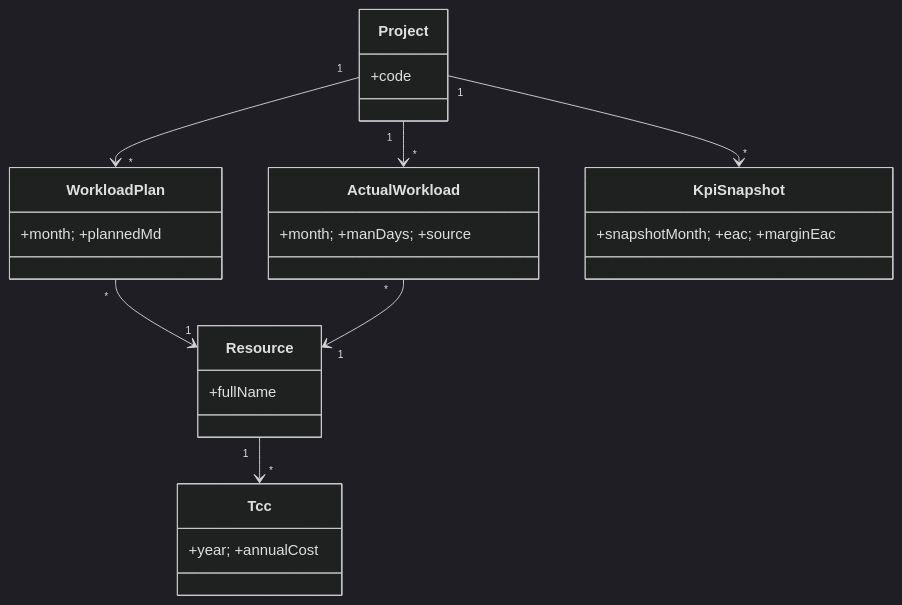
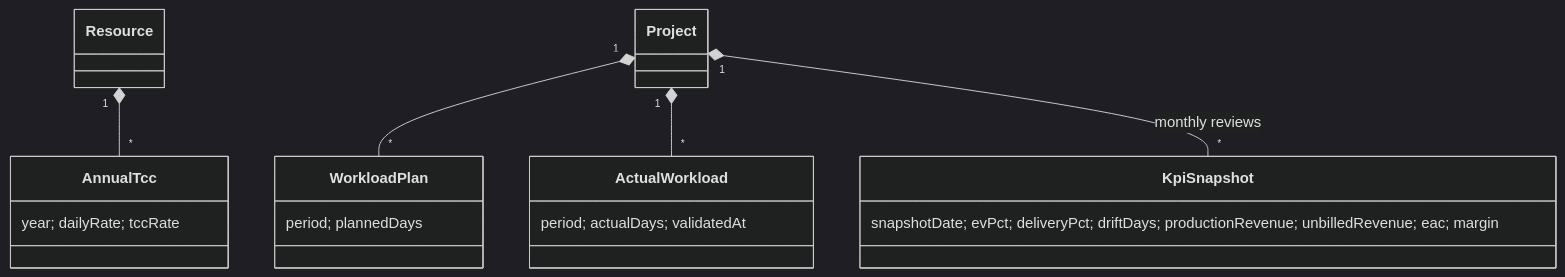
One commit to mazenrakrouki/tekup-pms-platform changed the seventh of 9 diagrams in docs/UML_DESIGN.md. Above: the diagram before and after it, drawn with Mermaid (dark theme). The commit also changed other lines of this file and 72 other files, not shown here.

````diff
--- a/docs/UML_DESIGN.md
+++ b/docs/UML_DESIGN.md
@@ -134,15 +182,11 @@
 ```mermaid
 classDiagram
-  class Project { +code }
-  class Resource { +fullName }
-  class Tcc { +year; +annualCost }
-  class WorkloadPlan { +month; +plannedMd }
-  class ActualWorkload { +month; +manDays; +source }
-  class KpiSnapshot { +snapshotMonth; +eac; +marginEac }
-  Resource "1" --> "*" Tcc
-  Project "1" --> "*" WorkloadPlan
-  WorkloadPlan "*" --> "1" Resource
-  Project "1" --> "*" ActualWorkload
-  ActualWorkload "*" --> "1" Resource
-  Project "1" --> "*" KpiSnapshot
+  class AnnualTcc { year; dailyRate; tccRate }
+  class WorkloadPlan { period; plannedDays }
+  class ActualWorkload { period; actualDays; validatedAt }
+  class KpiSnapshot { snapshotDate; evPct; deliveryPct; driftDays; productionRevenue; unbilledRevenue; eac; margin }
+  Resource "1" *-- "*" AnnualTcc
+  Project "1" *-- "*" WorkloadPlan
+  Project "1" *-- "*" ActualWorkload
+  Project "1" *-- "*" KpiSnapshot : monthly reviews
 ```
````
